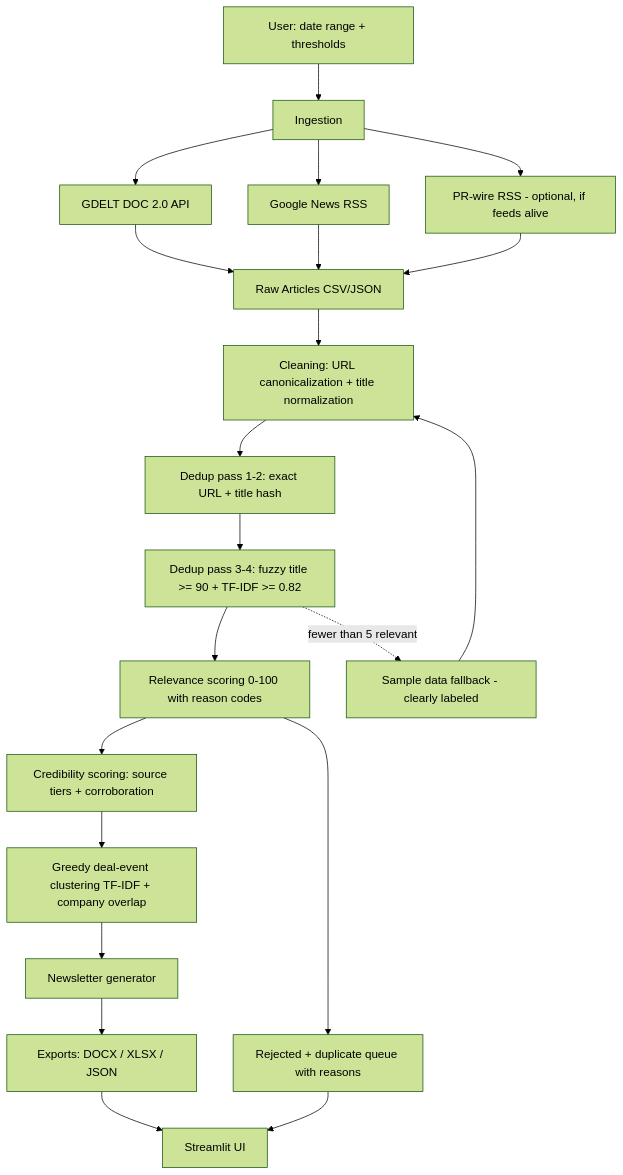
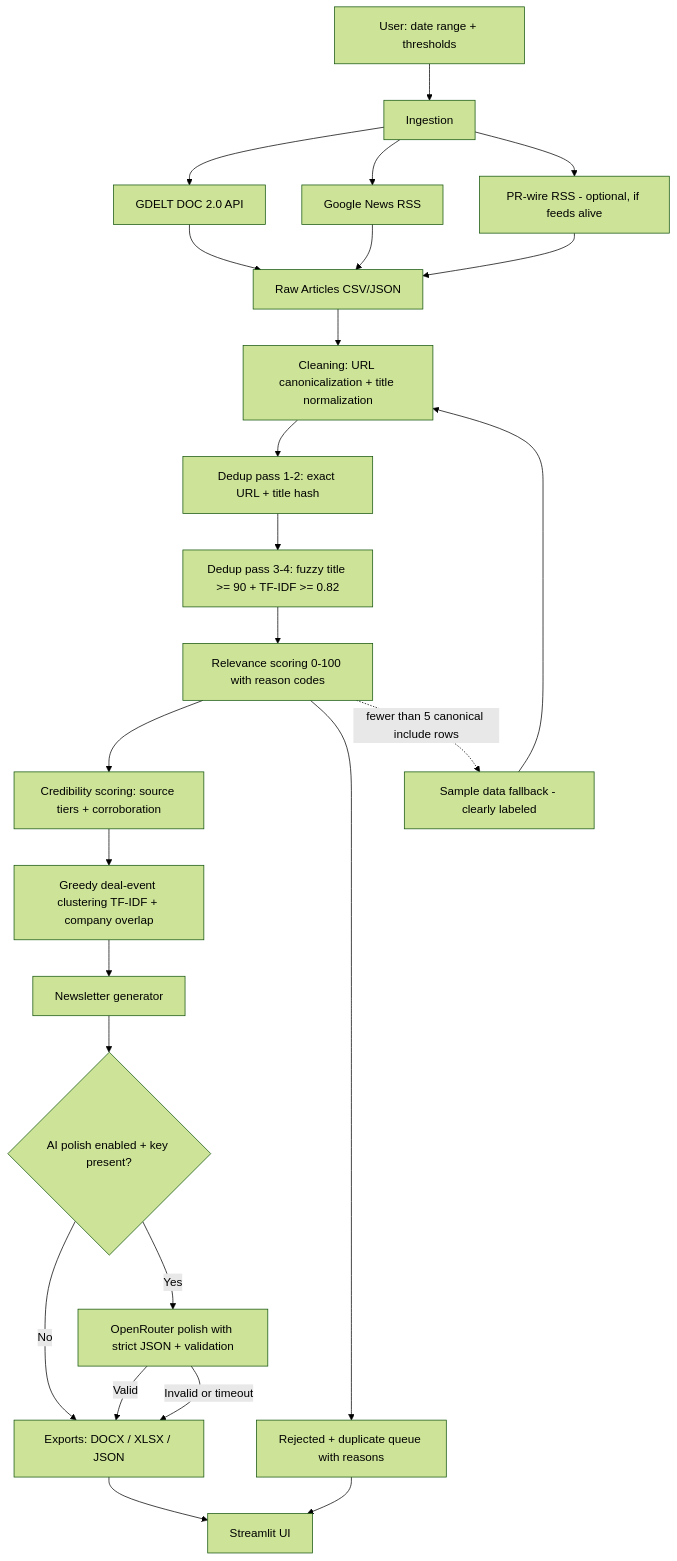
One commit to solpxlb/Benori_assignment changed the diagram in README.md. Above: the diagram before and after it, drawn with Mermaid (forest theme). The commit also changed other lines of this file and 7 other files, not shown here.

````diff
--- a/README.md
+++ b/README.md
@@ -20,23 +20,27 @@
 ```mermaid
 flowchart TD
     A[User: date range + thresholds] --> B[Ingestion]
     B --> B1[GDELT DOC 2.0 API]
     B --> B2[Google News RSS]
     B --> B3[PR-wire RSS - optional, if feeds alive]
     B1 --> C[Raw Articles CSV/JSON]
     B2 --> C
     B3 --> C
     C --> D[Cleaning: URL canonicalization + title normalization]
     D --> E[Dedup pass 1-2: exact URL + title hash]
     E --> F[Dedup pass 3-4: fuzzy title >= 90 + TF-IDF >= 0.82]
     F --> G[Relevance scoring 0-100 with reason codes]
     G --> H[Credibility scoring: source tiers + corroboration]
     H --> I[Greedy deal-event clustering TF-IDF + company overlap]
     I --> J[Newsletter generator]
-    J --> K[Exports: DOCX / XLSX / JSON]
+    J --> L{AI polish enabled + key present?}
+    L -->|No| K[Exports: DOCX / XLSX / JSON]
+    L -->|Yes| O[OpenRouter polish with strict JSON + validation]
+    O -->|Valid| K
+    O -->|Invalid or timeout| K
     G --> M[Rejected + duplicate queue with reasons]
     K --> N[Streamlit UI]
     M --> N
-    F -. fewer than 5 relevant .-> S[Sample data fallback - clearly labeled]
+    G -. fewer than 5 canonical include rows .-> S[Sample data fallback - clearly labeled]
     S --> D
 ```
````
